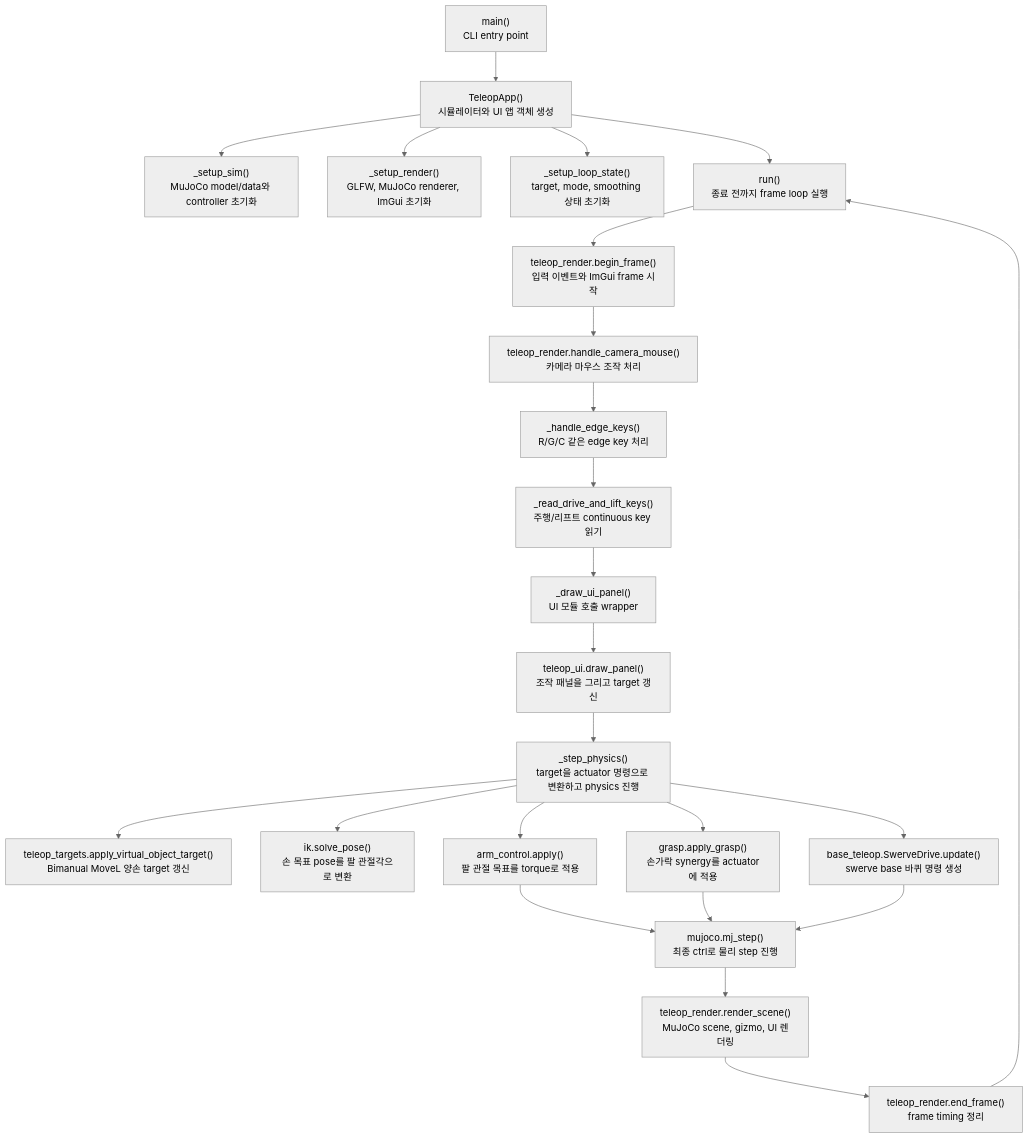
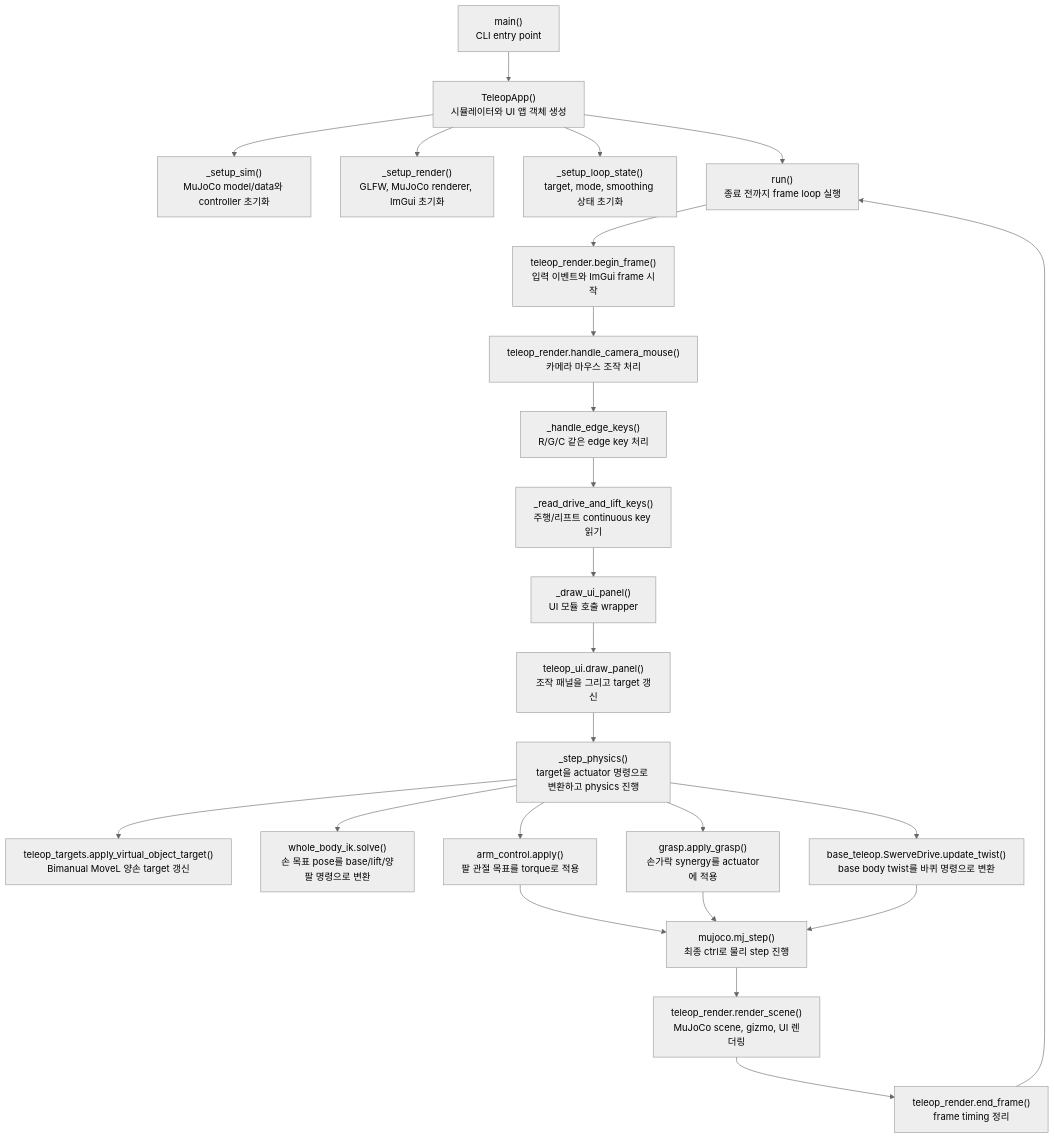
The diagram in docs/guide/teleop_app.md (ggh-png/ffw-sh5-grasp), drawn with Mermaid (neutral theme) before and after one commit. The commit also changed other lines of this file and 20 other files, not shown here.

Commit message:
Add ROS-free whole-body IK and stabilize mobile control

````diff
--- a/docs/guide/teleop_app.md
+++ b/docs/guide/teleop_app.md
@@ -69,26 +69,26 @@
 ```mermaid
 flowchart TD
     A["main()<br>CLI entry point"] --> B["TeleopApp()<br>시뮬레이터와 UI 앱 객체 생성"]
     B --> C["_setup_sim()<br>MuJoCo model/data와 controller 초기화"]
     B --> D["_setup_render()<br>GLFW, MuJoCo renderer, ImGui 초기화"]
     B --> E["_setup_loop_state()<br>target, mode, smoothing 상태 초기화"]
     B --> F["run()<br>종료 전까지 frame loop 실행"]
     F --> G["teleop_render.begin_frame()<br>입력 이벤트와 ImGui frame 시작"]
     G --> H["teleop_render.handle_camera_mouse()<br>카메라 마우스 조작 처리"]
     H --> I["_handle_edge_keys()<br>R/G/C 같은 edge key 처리"]
     I --> J["_read_drive_and_lift_keys()<br>주행/리프트 continuous key 읽기"]
     J --> K["_draw_ui_panel()<br>UI 모듈 호출 wrapper"]
     K --> L["teleop_ui.draw_panel()<br>조작 패널을 그리고 target 갱신"]
     L --> M["_step_physics()<br>target을 actuator 명령으로 변환하고 physics 진행"]
     M --> N["teleop_targets.apply_virtual_object_target()<br>Bimanual MoveL 양손 target 갱신"]
-    M --> O["ik.solve_pose()<br>손 목표 pose를 팔 관절각으로 변환"]
-    M --> P["base_teleop.SwerveDrive.update()<br>swerve base 바퀴 명령 생성"]
+    M --> O["whole_body_ik.solve()<br>손 목표 pose를 base/lift/양팔 명령으로 변환"]
+    M --> P["base_teleop.SwerveDrive.update_twist()<br>base body twist를 바퀴 명령으로 변환"]
     M --> Q["arm_control.apply()<br>팔 관절 목표를 torque로 적용"]
     M --> R["grasp.apply_grasp()<br>손가락 synergy를 actuator에 적용"]
     Q --> S["mujoco.mj_step()<br>최종 ctrl로 물리 step 진행"]
     R --> S
     P --> S
     S --> T["teleop_render.render_scene()<br>MuJoCo scene, gizmo, UI 렌더링"]
     T --> U["teleop_render.end_frame()<br>frame timing 정리"]
     U --> F
 ```
````
